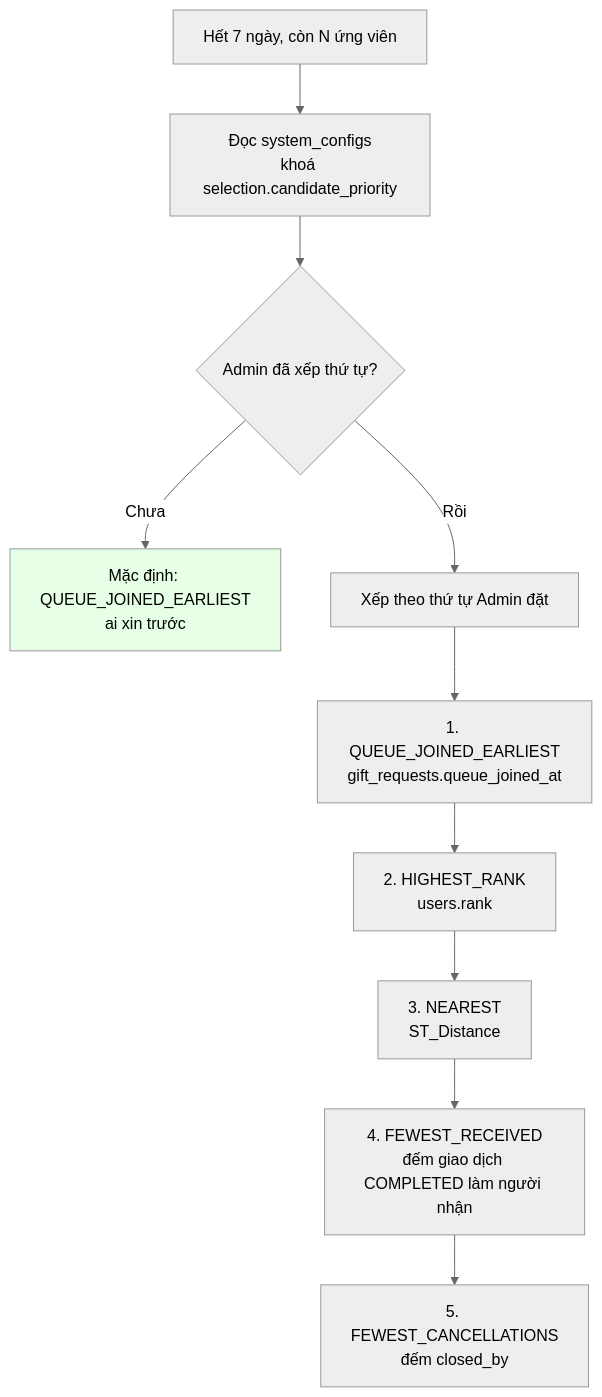
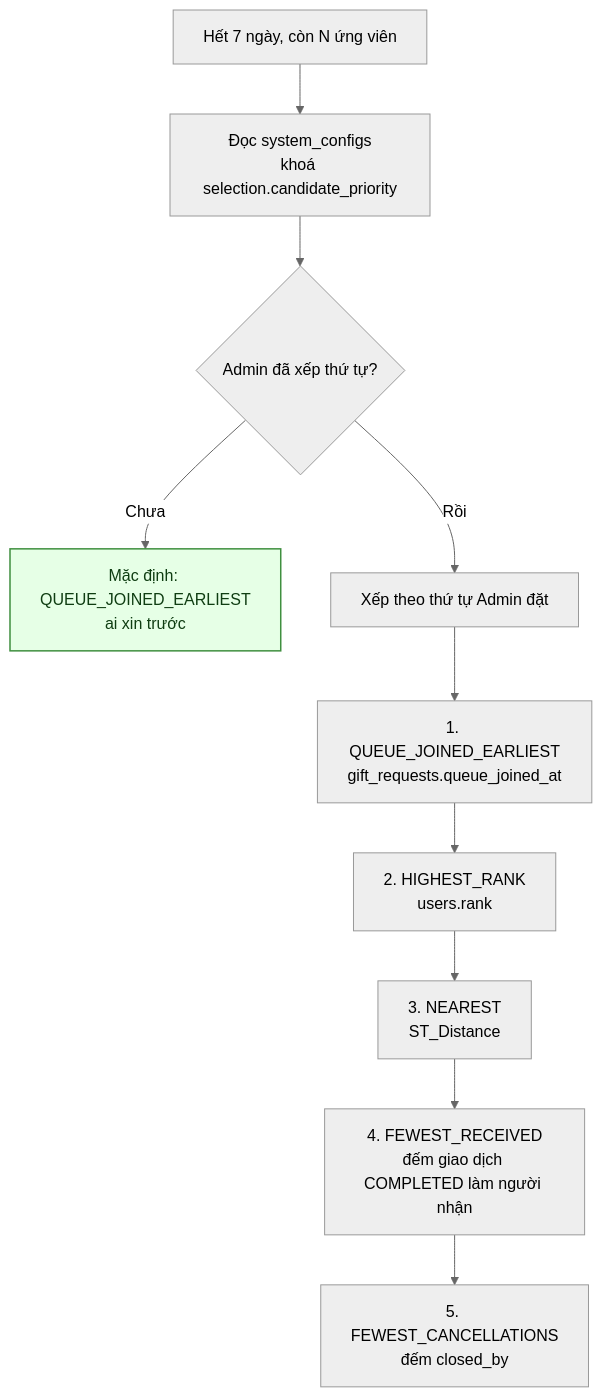
Before and after one commit to fdshn/trueheart: the fifth of 6 diagrams in docs/diagram/07-request.md, drawn with Mermaid (neutral theme). The commit also changed other lines of this file and 30 other files, not shown here.

First line of the commit message:
docs(diagram): chữ trong khối tô màu đọc được ở cả giao diện sáng và tối

````diff
--- a/docs/diagram/07-request.md
+++ b/docs/diagram/07-request.md
@@ -115,15 +115,15 @@
 ```mermaid
 flowchart TD
     A[Hết 7 ngày, còn N ứng viên] --> B["Đọc system_configs<br/>khoá selection.candidate_priority"]
     B --> C{Admin đã xếp thứ tự?}
     C -->|Chưa| D["Mặc định: QUEUE_JOINED_EARLIEST<br/>ai xin trước"]
     C -->|Rồi| E[Xếp theo thứ tự Admin đặt]
 
     E --> F1["1. QUEUE_JOINED_EARLIEST<br/>gift_requests.queue_joined_at"]
     F1 --> F2["2. HIGHEST_RANK<br/>users.rank"]
     F2 --> F3["3. NEAREST<br/>ST_Distance"]
     F3 --> F4["4. FEWEST_RECEIVED<br/>đếm giao dịch COMPLETED làm người nhận"]
     F4 --> F5["5. FEWEST_CANCELLATIONS<br/>đếm closed_by"]
 
-    style D fill:#e6ffe6
+    style D fill:#e6ffe6,stroke:#3f8f3f,stroke-width:1.5px,color:#0f3d12
 ```
````
